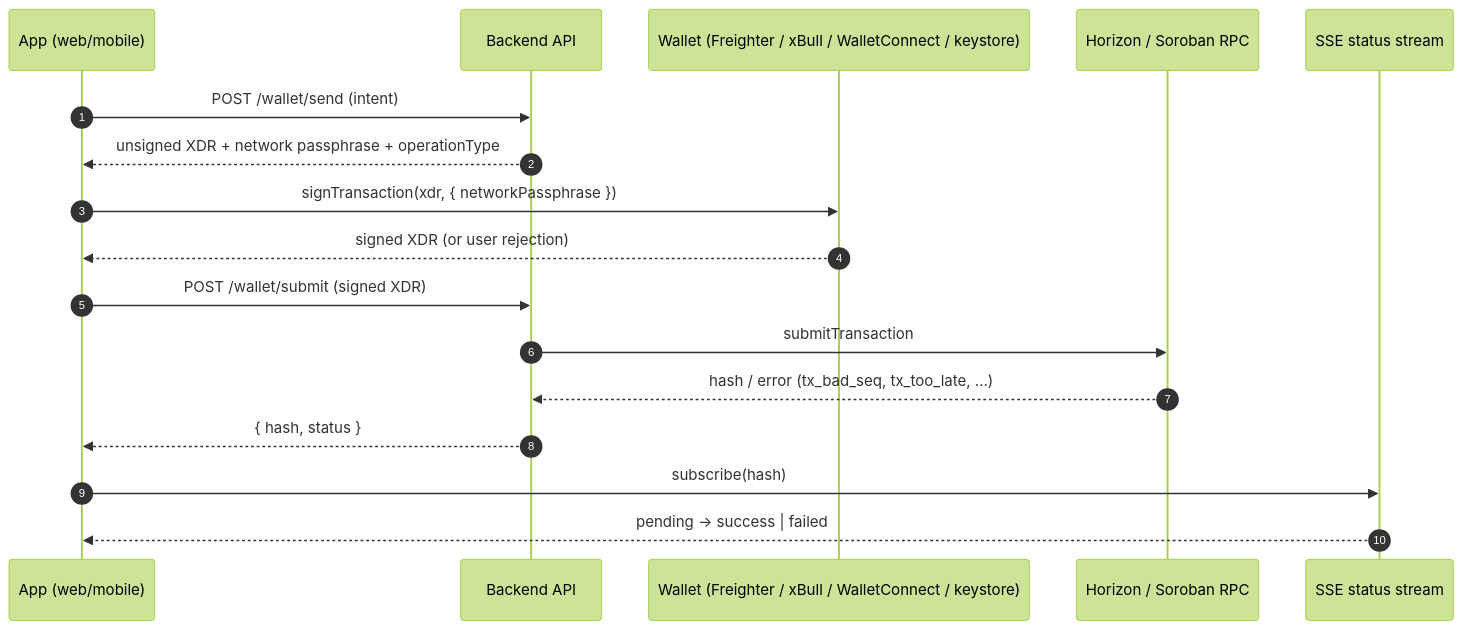
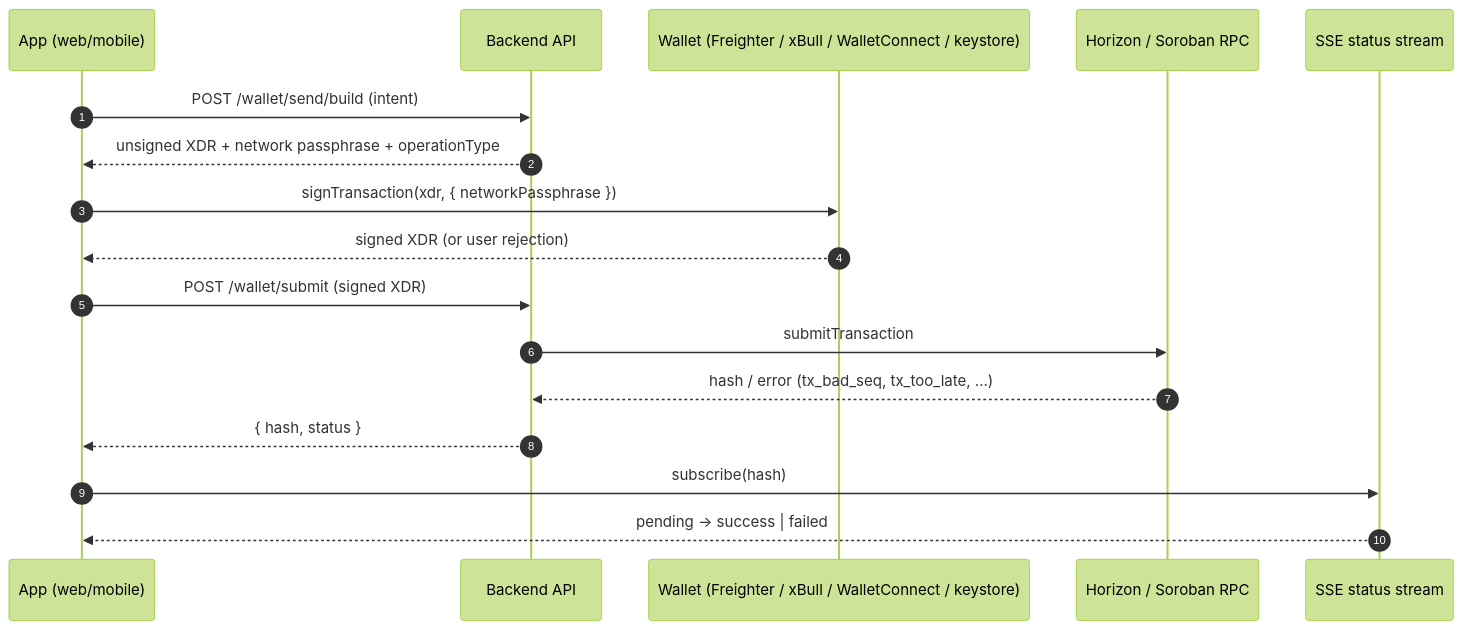
Before and after one commit to Divine-designs/Stellar-Global-Wallet: the first of 2 diagrams in backend/docs/client-signing.md, drawn with Mermaid (forest theme). The commit also changed other lines of this file and 3 other files, not shown here.

````diff
--- a/backend/docs/client-signing.md
+++ b/backend/docs/client-signing.md
@@ -20,20 +20,20 @@
 ```mermaid
 sequenceDiagram
     autonumber
     participant App as App (web/mobile)
     participant API as Backend API
     participant Wallet as Wallet (Freighter / xBull / WalletConnect / keystore)
     participant Net as Horizon / Soroban RPC
     participant SSE as SSE status stream
 
-    App->>API: POST /wallet/send (intent)
+    App->>API: POST /wallet/send/build (intent)
     API-->>App: unsigned XDR + network passphrase + operationType
     App->>Wallet: signTransaction(xdr, { networkPassphrase })
     Wallet-->>App: signed XDR (or user rejection)
     App->>API: POST /wallet/submit (signed XDR)
     API->>Net: submitTransaction
     Net-->>API: hash / error (tx_bad_seq, tx_too_late, ...)
     API-->>App: { hash, status }
     App->>SSE: subscribe(hash)
     SSE-->>App: pending → success | failed
 ```
````
